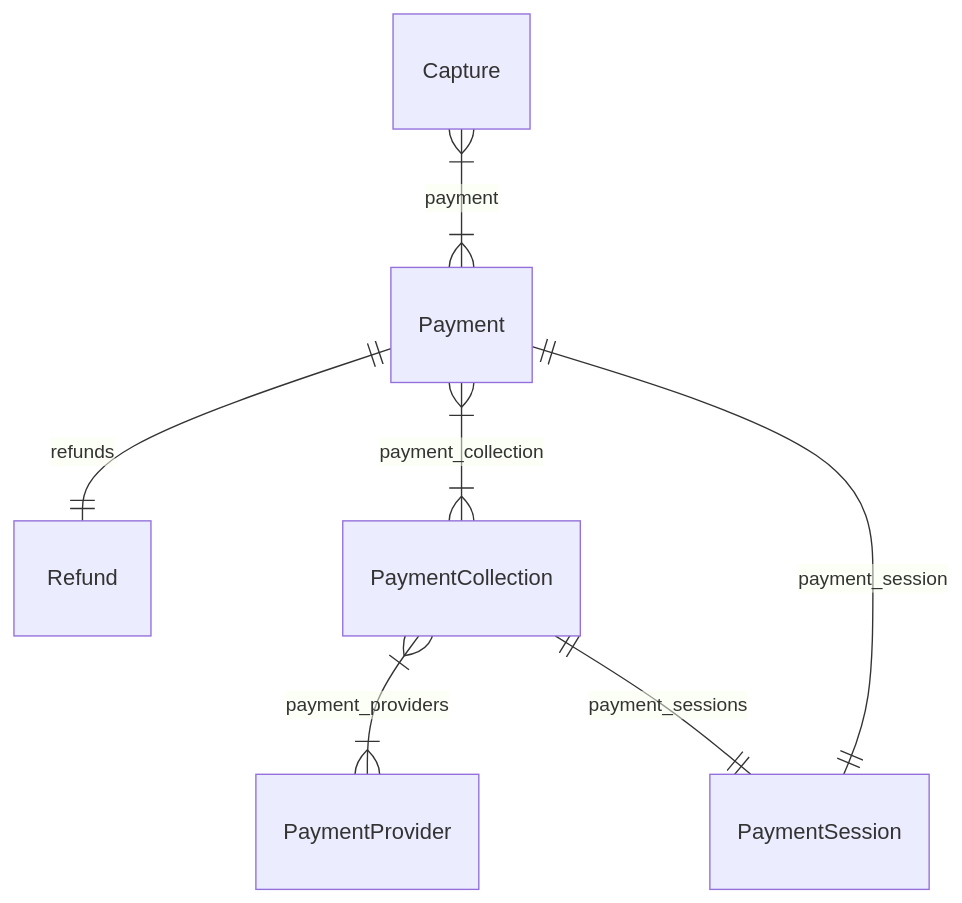
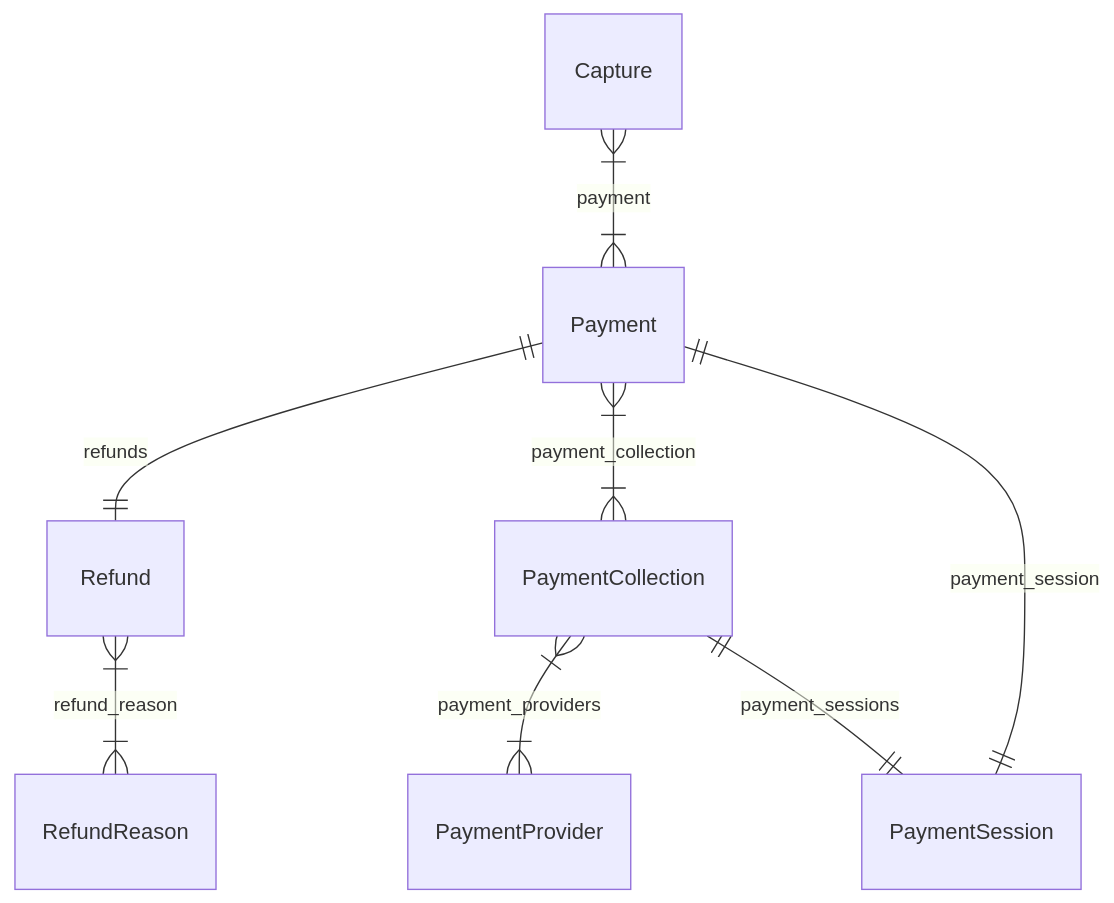
One commit to medusajs/medusa changed the diagram in www/apps/resources/references/modules/payment_models/page.mdx. Above: the diagram before and after it, drawn with Mermaid. The commit also changed other lines of this file and 349 other files, not shown here.

````diff
--- a/www/apps/resources/references/modules/payment_models/page.mdx
+++ b/www/apps/resources/references/modules/payment_models/page.mdx
@@ -14,10 +14,11 @@
 ```mermaid
 erDiagram
 	Capture }|--|{ Payment : payment
 	Payment ||--|| Refund : refunds
 	Payment }|--|{ PaymentCollection : payment_collection
 	Payment ||--|| PaymentSession : payment_session
 	PaymentCollection }|--|{ PaymentProvider : payment_providers
 	PaymentCollection ||--|| PaymentSession : payment_sessions
+	Refund }|--|{ RefundReason : refund_reason
 
 ```
````
